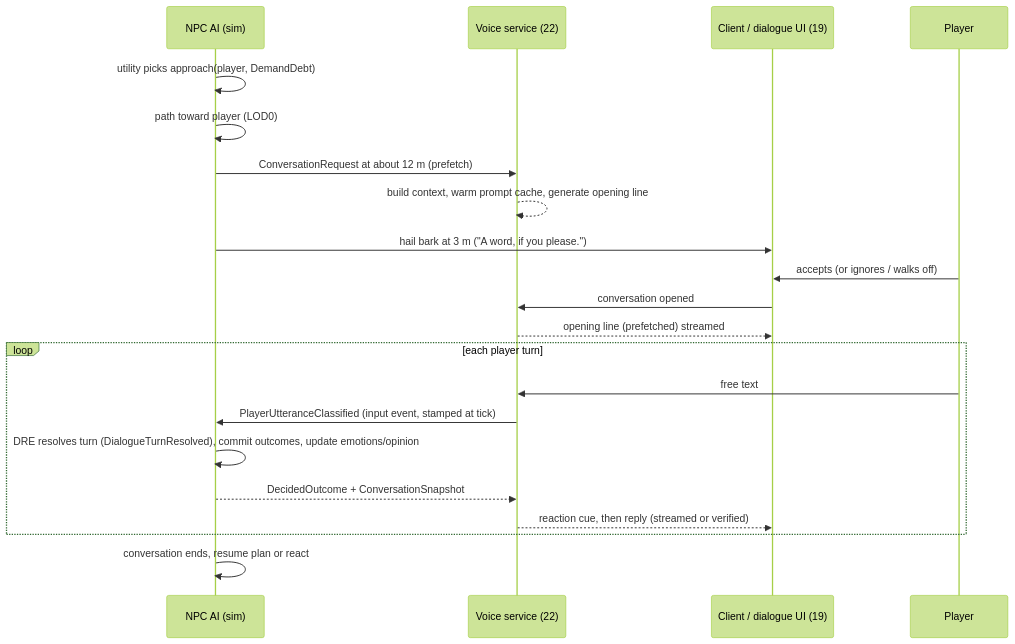
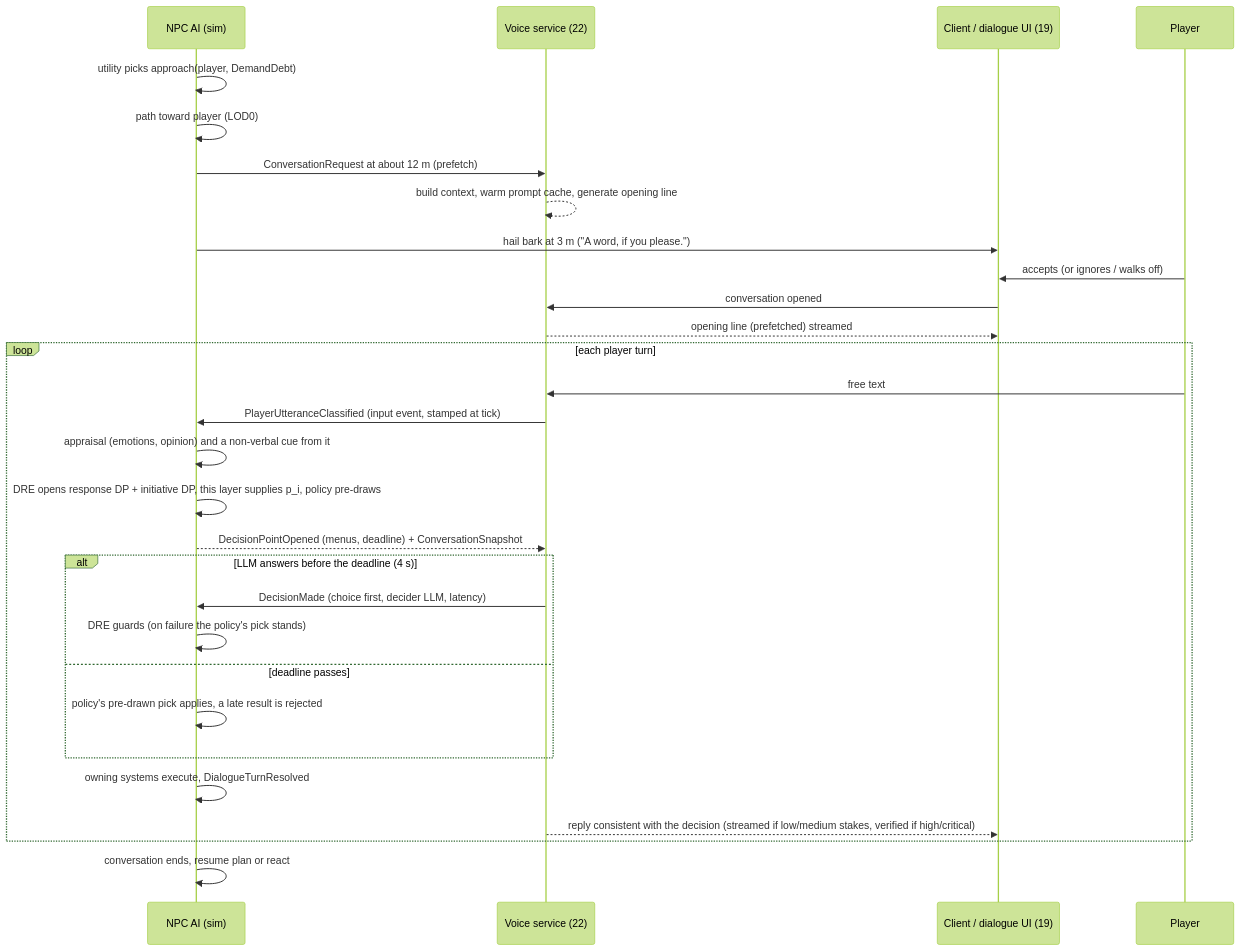
The fifth of 6 diagrams in docs/tech/21-npc-ai.md (elefant35/FeudalSim), drawn with Mermaid (forest theme) before and after one commit. The commit also changed other lines of this file and 35 other files, not shown here.

````diff
--- a/docs/tech/21-npc-ai.md
+++ b/docs/tech/21-npc-ai.md
@@ -1195,23 +1394,31 @@
 ```mermaid
 sequenceDiagram
   participant AI as NPC AI (sim)
   participant VO as Voice service (22)
   participant UI as Client / dialogue UI (19)
   participant P as Player
   AI->>AI: utility picks approach(player, DemandDebt)
   AI->>AI: path toward player (LOD0)
   AI->>VO: ConversationRequest at about 12 m (prefetch)
   VO-->>VO: build context, warm prompt cache, generate opening line
   AI->>UI: hail bark at 3 m ("A word, if you please.")
   P->>UI: accepts (or ignores / walks off)
   UI->>VO: conversation opened
   VO-->>UI: opening line (prefetched) streamed
   loop each player turn
     P->>VO: free text
     VO->>AI: PlayerUtteranceClassified (input event, stamped at tick)
-    AI->>AI: DRE resolves turn (DialogueTurnResolved), commit outcomes, update emotions/opinion
-    AI-->>VO: DecidedOutcome + ConversationSnapshot
-    VO-->>UI: reaction cue, then reply (streamed or verified)
+    AI->>AI: appraisal (emotions, opinion) and a non-verbal cue from it
+    AI->>AI: DRE opens response DP + initiative DP, this layer supplies p_i, policy pre-draws
+    AI-->>VO: DecisionPointOpened (menus, deadline) + ConversationSnapshot
+    alt LLM answers before the deadline (4 s)
+      VO->>AI: DecisionMade (choice first, decider LLM, latency)
+      AI->>AI: DRE guards (on failure the policy's pick stands)
+    else deadline passes
+      AI->>AI: policy's pre-drawn pick applies, a late result is rejected
+    end
+    AI->>AI: owning systems execute, DialogueTurnResolved
+    VO-->>UI: reply consistent with the decision (streamed if low/medium stakes, verified if high/critical)
   end
   AI->>AI: conversation ends, resume plan or react
 ```
````
